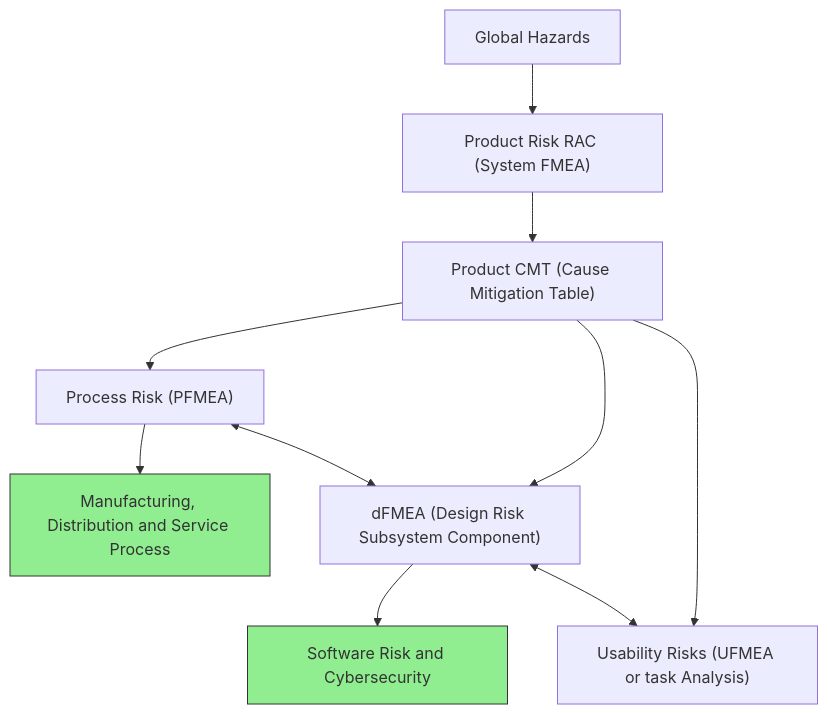
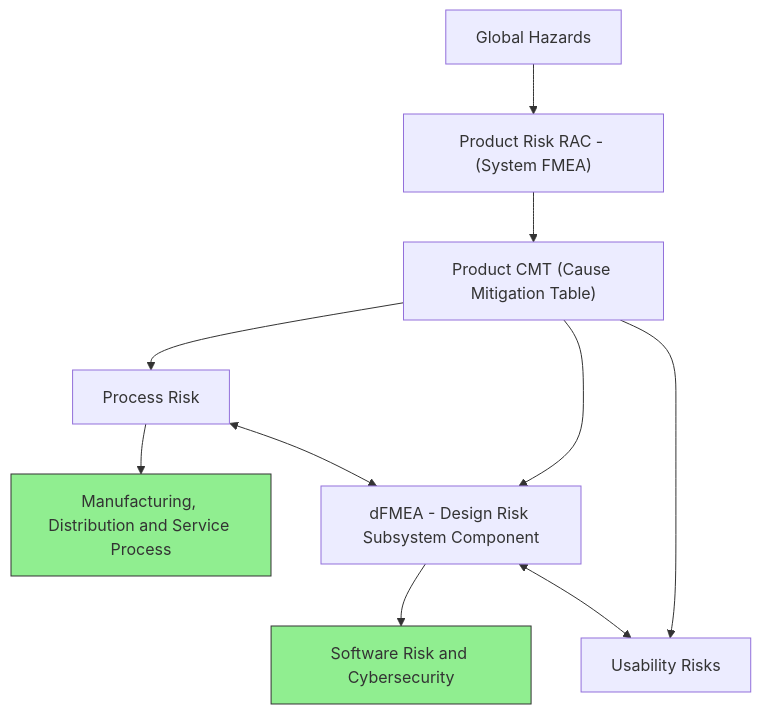
Before and after one commit to amandewatnitrr/hacking-tutorial: the diagram in FMEA/chapter-01.md, drawn with Mermaid. The commit also changed other lines of this file, not shown here.

Commit message:
New Section Added -> FMEA

````diff
--- a/FMEA/chapter-01.md
+++ b/FMEA/chapter-01.md
@@ -20,17 +24,17 @@
 ```mermaid
 graph TD
-    GH["Global Hazards"] --> PR["Product Risk RAC (System FMEA)"]
+    GH["Global Hazards"] --> PR["Product Risk RAC - (System FMEA)"]
     PR --> CMT["Product CMT (Cause Mitigation Table)"]
-    CMT --> PRO["Process Risk (PFMEA)"]
-    CMT --> DES["dFMEA (Design Risk Subsystem Component)"]
-    CMT --> USA["Usability Risks (UFMEA or task Analysis)"]
+    CMT --> PRO["Process Risk"]
+    CMT --> DES["dFMEA - Design Risk Subsystem Component"]
+    CMT --> USA["Usability Risks"]
     
     PRO --> MDS["Manufacturing, Distribution and Service Process"]
     DES --> SRC["Software Risk and Cybersecurity"]
     
     PRO <--> DES
     DES <--> USA
     
     style SRC fill:#90EE90,stroke:#333,stroke-width:1px
     style MDS fill:#90EE90,stroke:#333,stroke-width:1px
 ```
````
